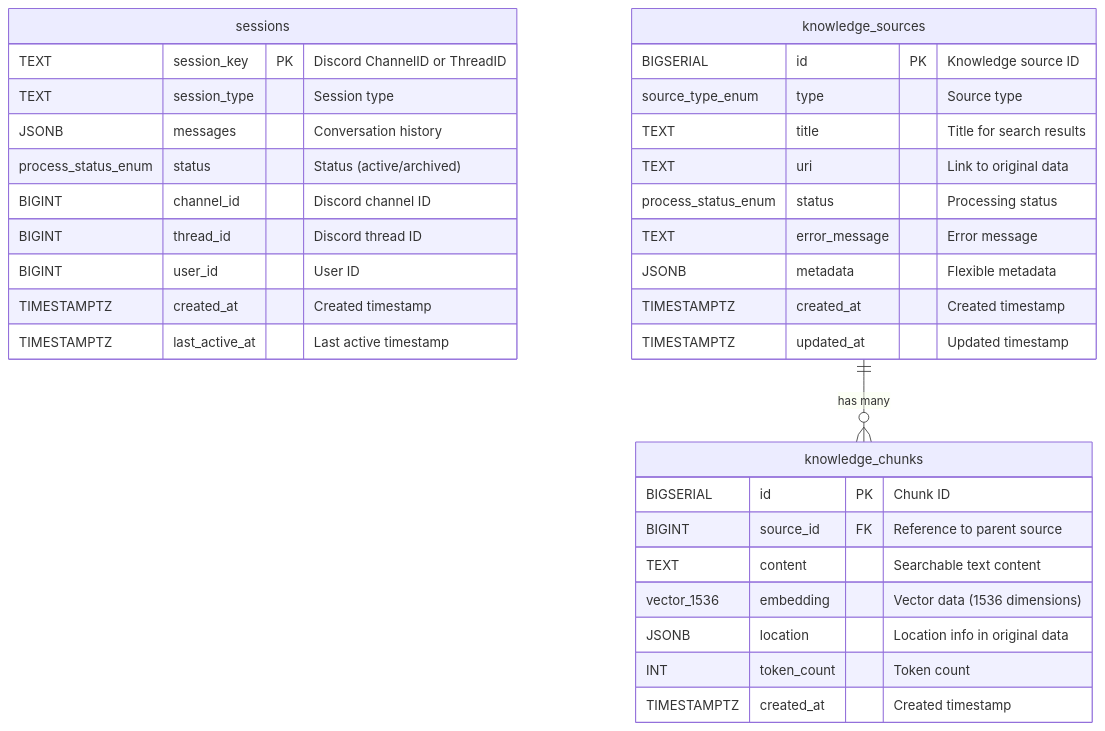
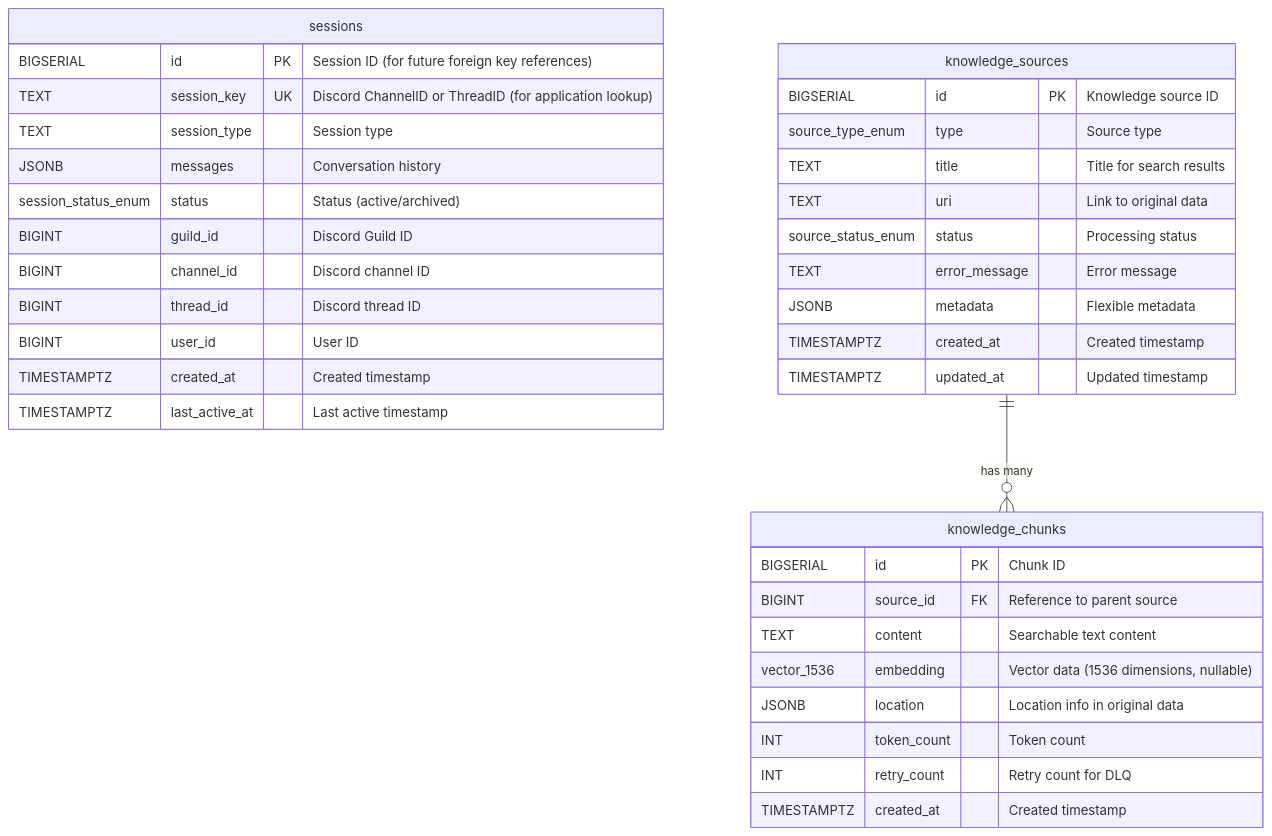
The diagram in docs/architecture/postgresql-schema-design.md (fluxrozin/kotonoha-bot), drawn with Mermaid before and after one commit. The commit also changed other lines of this file and 21 other files, not shown here.

````diff
--- a/docs/architecture/postgresql-schema-design.md
+++ b/docs/architecture/postgresql-schema-design.md
@@ -56,46 +92,49 @@
 ```mermaid
 erDiagram
     %% Short-term Memory: Sessions (Left Side)
     %% Real-time read/write area for Discord Bot. Optimized for speed.
     sessions {
-        TEXT session_key PK "Discord ChannelID or ThreadID"
+        BIGSERIAL id PK "Session ID (for future foreign key references)"
+        TEXT session_key UK "Discord ChannelID or ThreadID (for application lookup)"
         TEXT session_type "Session type"
         JSONB messages "Conversation history"
-        process_status_enum status "Status (active/archived)"
+        session_status_enum status "Status (active/archived)"
+        BIGINT guild_id "Discord Guild ID"
         BIGINT channel_id "Discord channel ID"
         BIGINT thread_id "Discord thread ID"
         BIGINT user_id "User ID"
         TIMESTAMPTZ created_at "Created timestamp"
         TIMESTAMPTZ last_active_at "Last active timestamp"
     }
 
     %% Long-term Memory: Knowledge (Right Side)
     %% AI search area. All data (conversations, files, web) abstracted as
     %% "Source" and "Chunk".
     knowledge_sources {
         BIGSERIAL id PK "Knowledge source ID"
         source_type_enum type "Source type"
         TEXT title "Title for search results"
         TEXT uri "Link to original data"
-        process_status_enum status "Processing status"
+        source_status_enum status "Processing status"
         TEXT error_message "Error message"
         JSONB metadata "Flexible metadata"
         TIMESTAMPTZ created_at "Created timestamp"
         TIMESTAMPTZ updated_at "Updated timestamp"
     }
 
     knowledge_chunks {
         BIGSERIAL id PK "Chunk ID"
         BIGINT source_id FK "Reference to parent source"
         TEXT content "Searchable text content"
-        vector_1536 embedding "Vector data (1536 dimensions)"
+        vector_1536 embedding "Vector data (1536 dimensions, nullable)"
         JSONB location "Location info in original data"
         INT token_count "Token count"
+        INT retry_count "Retry count for DLQ"
         TIMESTAMPTZ created_at "Created timestamp"
     }
 
     %% Relationships
     knowledge_sources ||--o{ knowledge_chunks : "has many"
     %% Conversion from sessions to knowledge_sources is done by batch
     %% processing (not shown in ER diagram)
 ```
````
